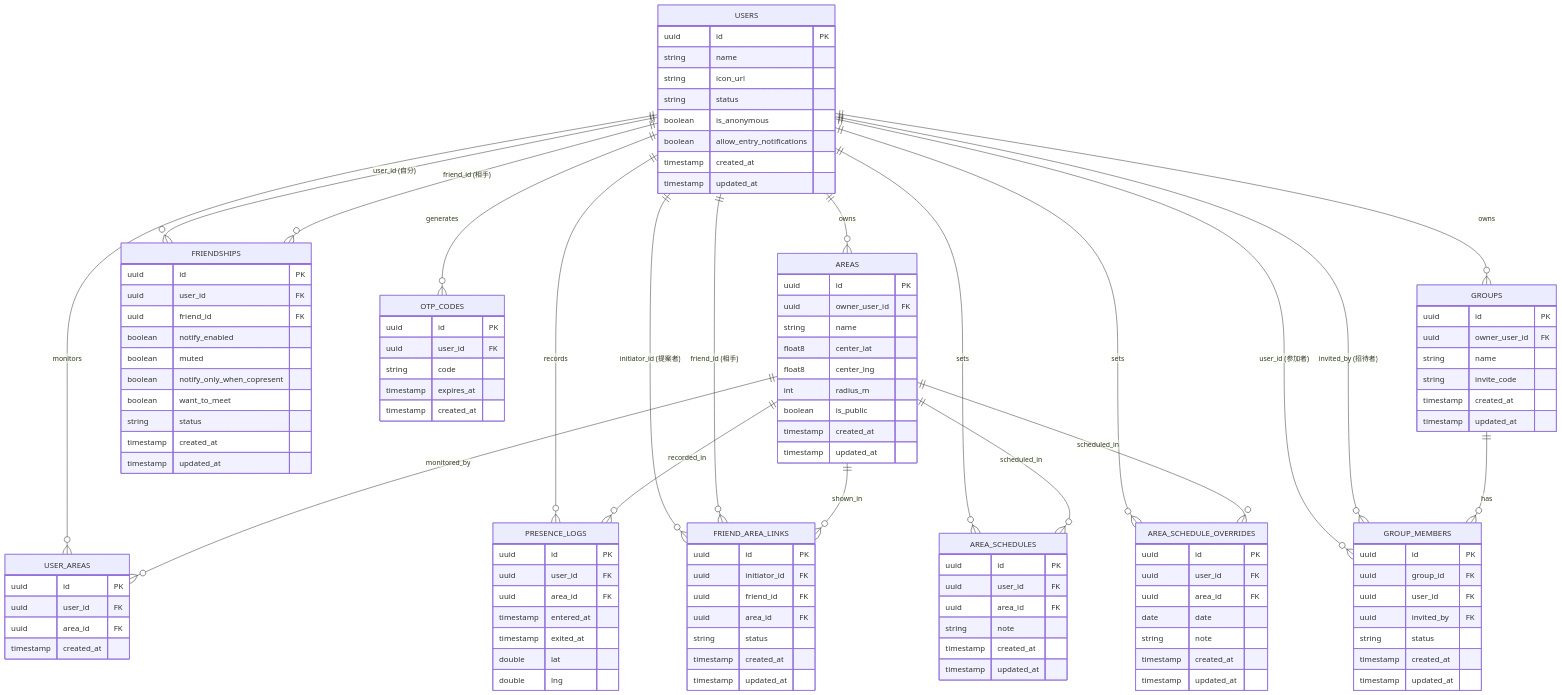
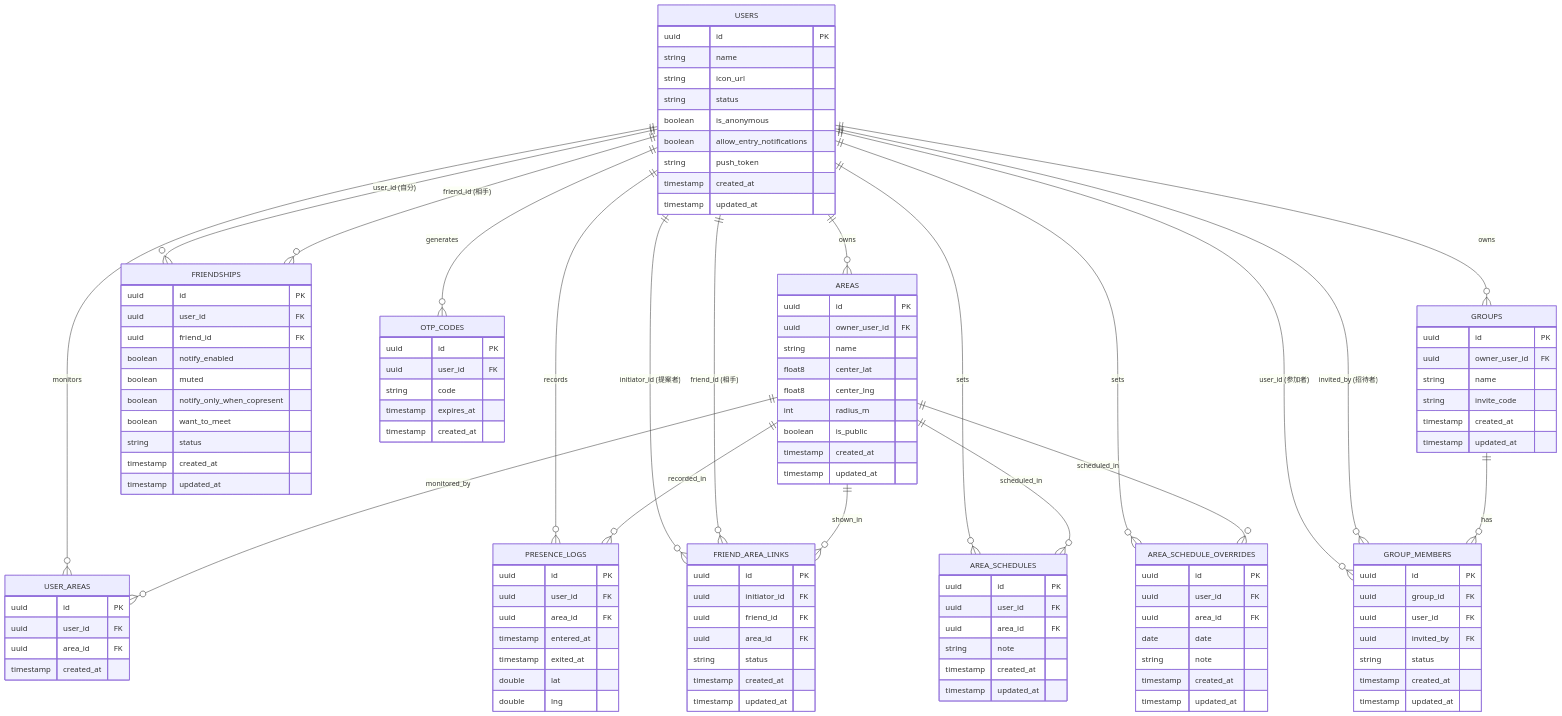
One commit to ochi06/oruca changed the diagram in docs/schema.md. Above: the diagram before and after it, drawn with Mermaid. The commit also changed other lines of this file and 11 other files, not shown here.

```diff
--- a/docs/schema.md
+++ b/docs/schema.md
@@ -33,6 +33,7 @@
     string status
     boolean is_anonymous
     boolean allow_entry_notifications
+    string push_token
     timestamp created_at
     timestamp updated_at
   }
```
